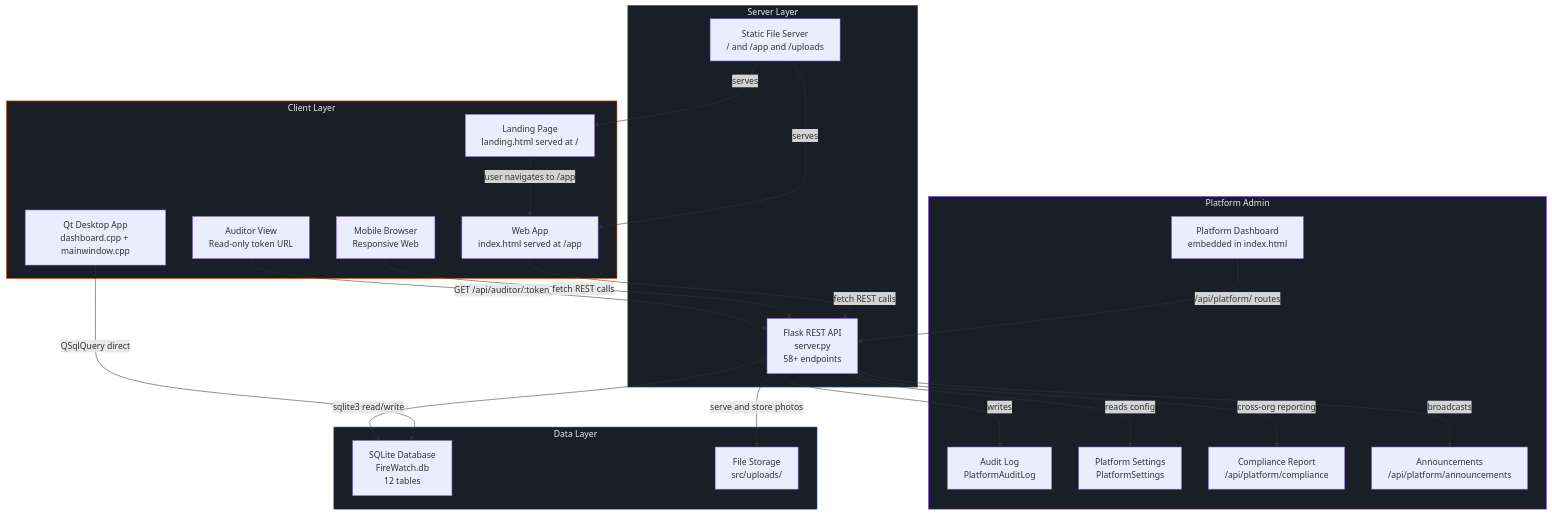
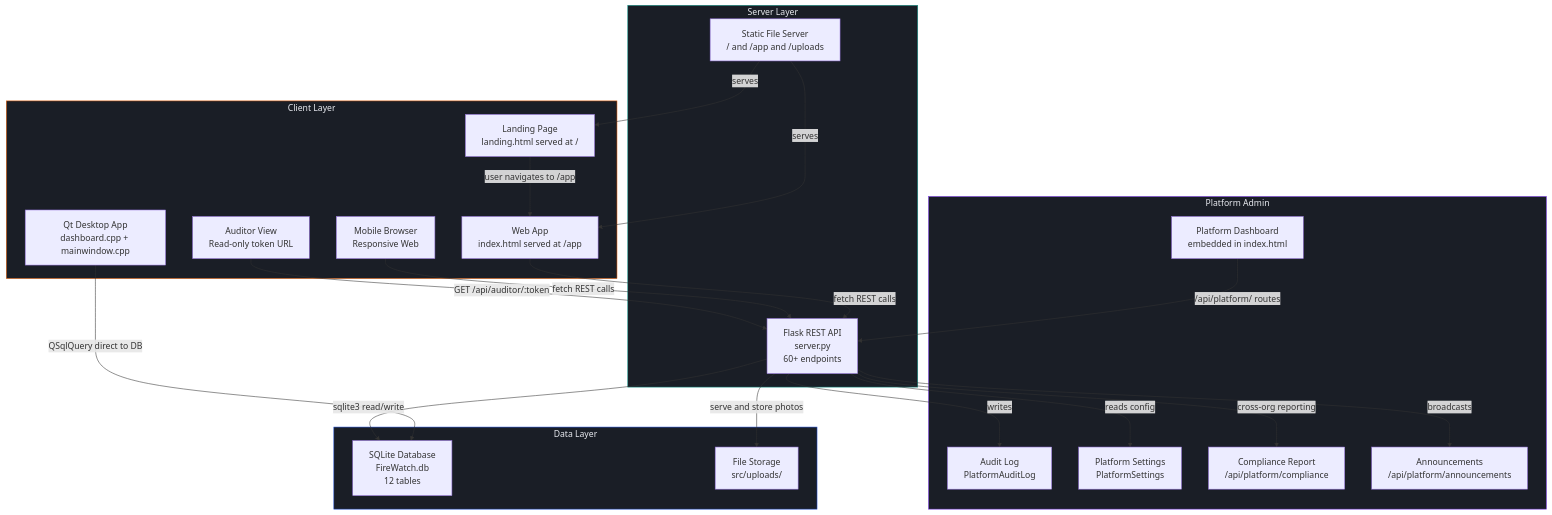
One commit to Juniusketter/Fire-Watch-App changed the third of 6 diagrams in docs/erd/FireWatch_UML_Diagrams.md. Above: the diagram before and after it, drawn with Mermaid. The commit also changed other lines of this file and 49 other files, not shown here.

````diff
--- a/docs/erd/FireWatch_UML_Diagrams.md
+++ b/docs/erd/FireWatch_UML_Diagrams.md
@@ -362,48 +458,48 @@
 ```mermaid
 flowchart TB
   subgraph Client["Client Layer"]
     Landing["Landing Page\nlanding.html served at /"]
     Browser["Web App\nindex.html served at /app"]
     QtApp["Qt Desktop App\ndashboard.cpp + mainwindow.cpp"]
     Mobile["Mobile Browser\nResponsive Web"]
     AuditorView["Auditor View\nRead-only token URL"]
   end
 
   subgraph Server["Server Layer"]
-    Flask["Flask REST API\nserver.py\n58+ endpoints"]
+    Flask["Flask REST API\nserver.py\n60+ endpoints"]
     Static["Static File Server\n/ and /app and /uploads"]
   end
 
   subgraph Data["Data Layer"]
     SQLite["SQLite Database\nFireWatch.db\n12 tables"]
     Uploads["File Storage\nsrc/uploads/"]
   end
 
   subgraph Platform["Platform Admin"]
     PlatformUI["Platform Dashboard\nembedded in index.html"]
     AuditLog["Audit Log\nPlatformAuditLog"]
     Settings["Platform Settings\nPlatformSettings"]
     Compliance["Compliance Report\n/api/platform/compliance"]
     Announcements["Announcements\n/api/platform/announcements"]
   end
 
   Landing -->|user navigates to /app| Browser
   Browser -->|fetch REST calls| Flask
   Mobile -->|fetch REST calls| Flask
-  QtApp -->|QSqlQuery direct| SQLite
+  QtApp -->|QSqlQuery direct to DB| SQLite
   Flask -->|sqlite3 read/write| SQLite
   Flask -->|serve and store photos| Uploads
   Static -->|serves| Browser
   Static -->|serves| Landing
   AuditorView -->|GET /api/auditor/:token| Flask
   PlatformUI -->|/api/platform/ routes| Flask
   Flask -->|writes| AuditLog
   Flask -->|reads config| Settings
   Flask -->|cross-org reporting| Compliance
   Flask -->|broadcasts| Announcements
 
   style Client fill:#1a1e26,stroke:#e85d04,color:#e8eaf0
   style Server fill:#1a1e26,stroke:#0d9488,color:#e8eaf0
   style Data fill:#1a1e26,stroke:#1d4ed8,color:#e8eaf0
   style Platform fill:#1a1e26,stroke:#7c3aed,color:#e8eaf0
 ```
````
